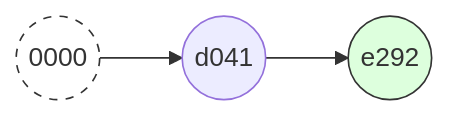
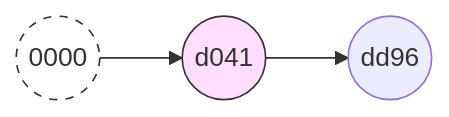
Before and after one commit to sugitlab/git_workshop_slidev: diagram 19 of 36 in slides.md, drawn with Mermaid. The commit also changed other lines of this file, not shown here.

````diff
--- a/slides.md
+++ b/slides.md
@@ -1608,9 +1599,9 @@
 ```mermaid
 graph LR
-  d01((0000))
-  d02((d041))
-  d03((e292))
-  style d01 fill:#fff,stroke:#333,stroke-width:1px,stroke-dasharray: 5 5
-  style d03 fill:#dfd,stroke:#333,stroke-width:1px
-  d01 --> d02 --> d03
+  c01((0000))
+  c02((d041))
+  c03((dd96))
+  style c01 fill:#fff,stroke:#333,stroke-width:1px,stroke-dasharray: 5 5
+  style c02 fill:#fdf,stroke:#333,stroke-width:1px
+  c01 --> c02 --> c03
 ```
````
